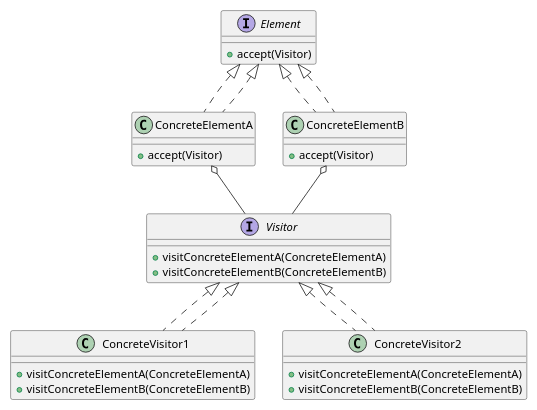
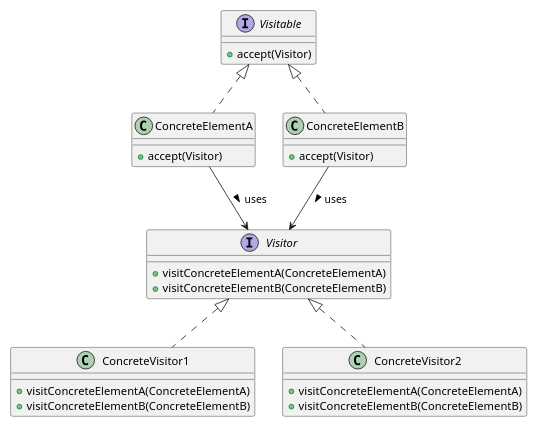
Before and after one commit to MC-Spraint/DSA-IN_TS-2024: the ninth of 11 diagrams in interview_prep/diagram.md, drawn with PlantUML. The commit also changed other lines of this file and 7 other files, not shown here.

```diff
--- a/interview_prep/diagram.md
+++ b/interview_prep/diagram.md
@@ -312,36 +301,34 @@
 @startuml
 scale 0.8
 interface Visitor {
     + visitConcreteElementA(ConcreteElementA)
     + visitConcreteElementB(ConcreteElementB)
 }
 
 class ConcreteVisitor1 implements Visitor {
     + visitConcreteElementA(ConcreteElementA)
     + visitConcreteElementB(ConcreteElementB)
 }
 
 class ConcreteVisitor2 implements Visitor {
     + visitConcreteElementA(ConcreteElementA)
     + visitConcreteElementB(ConcreteElementB)
 }
 
-interface Element {
+interface Visitable {
     + accept(Visitor)
 }
 
-class ConcreteElementA implements Element {
+class ConcreteElementA implements Visitable {
     + accept(Visitor)
 }
 
-class ConcreteElementB implements Element {
+class ConcreteElementB implements Visitable {
     + accept(Visitor)
 }
 
-Visitor <|.. ConcreteVisitor1
-Visitor <|.. ConcreteVisitor2
-Element <|.. ConcreteElementA
-Element <|.. ConcreteElementB
-ConcreteElementA o-- Visitor
-ConcreteElementB o-- Visitor
+ConcreteElementA --> Visitor : uses >
+ConcreteElementB --> Visitor : uses >
+
+
 @enduml
```
